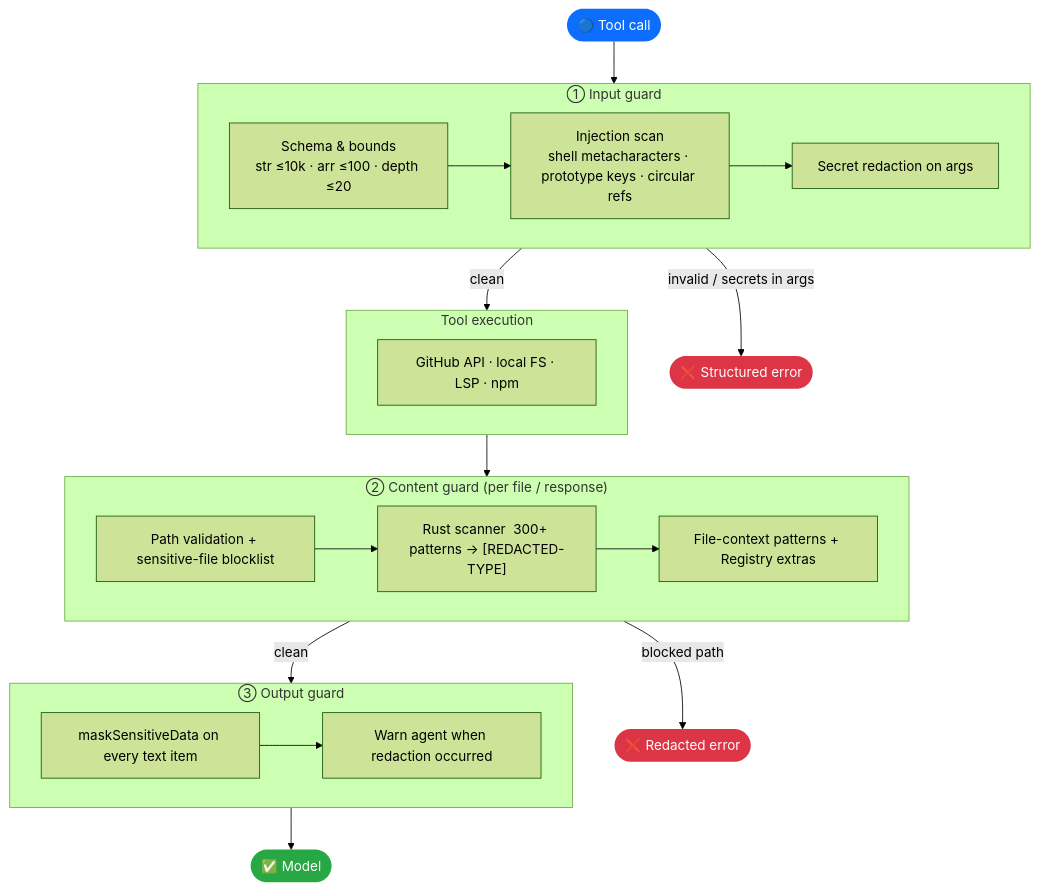
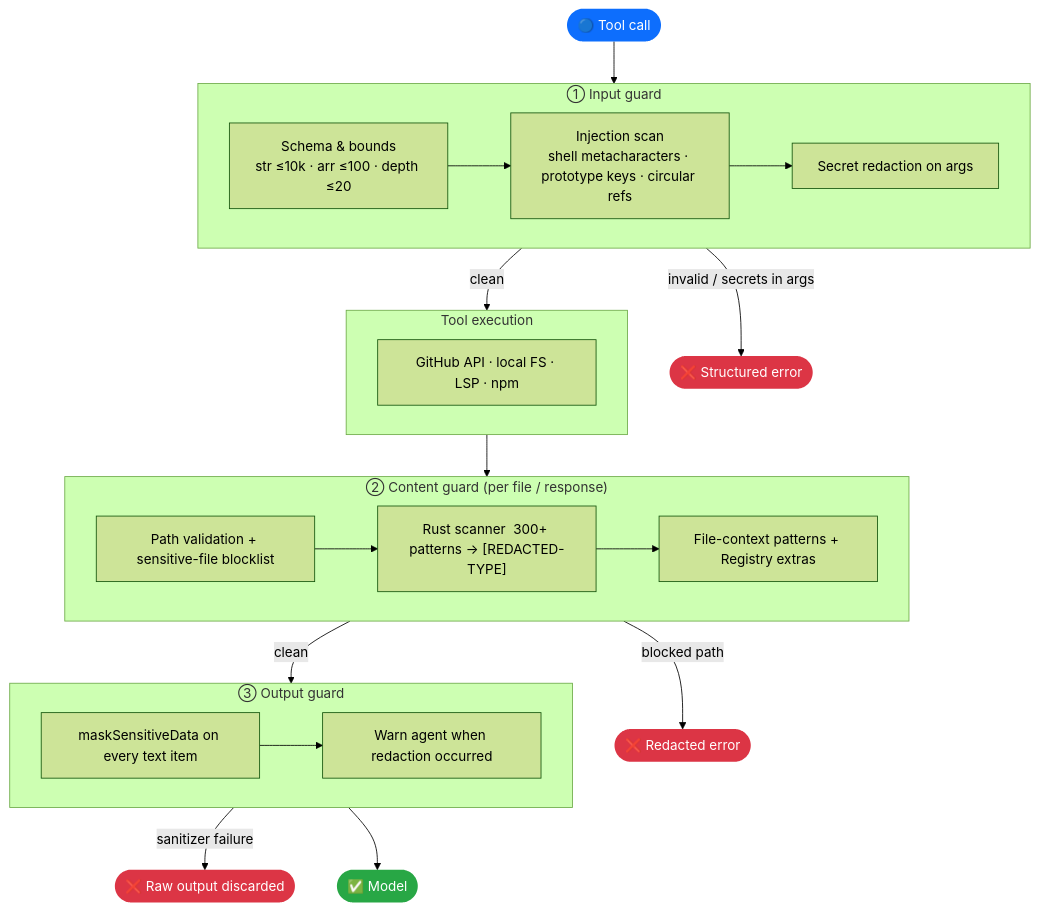
One commit to bgauryy/octocode changed the first of 4 diagrams in docs/SECURITY.md. Above: the diagram before and after it, drawn with Mermaid (forest theme). The commit also changed other lines of this file and 292 other files, not shown here.

````diff
--- a/docs/SECURITY.md
+++ b/docs/SECURITY.md
@@ -19,41 +19,43 @@
 ```mermaid
 flowchart TD
     REQ(["🔵 Tool call"])
 
     subgraph S1["① Input guard"]
         I1["Schema & bounds\nstr ≤10k · arr ≤100 · depth ≤20"]
         I2["Injection scan\nshell metacharacters · prototype keys · circular refs"]
         I3["Secret redaction on args"]
         I1 --> I2 --> I3
     end
 
     subgraph S2["Tool execution"]
         T1["GitHub API · local FS · LSP · npm"]
     end
 
     subgraph S3["② Content guard (per file / response)"]
         C1["Path validation + sensitive-file blocklist"]
         C2["Rust scanner  300+ patterns → [REDACTED-TYPE]"]
         C3["File-context patterns + Registry extras"]
         C1 --> C2 --> C3
     end
 
     subgraph S4["③ Output guard"]
         O1["maskSensitiveData on every text item"]
         O2["Warn agent when redaction occurred"]
         O1 --> O2
     end
 
     REQ --> S1
     S1 -->|"invalid / secrets in args"| E1(["❌ Structured error"])
     S1 -->|clean| S2
     S2 --> S3
     S3 -->|"blocked path"| E2(["❌ Redacted error"])
     S3 -->|clean| S4
+    S4 -->|"sanitizer failure"| E3(["❌ Raw output discarded"])
     S4 --> MODEL(["✅ Model"])
 
     style E1 fill:#dc3545,color:#fff,stroke:none
     style E2 fill:#dc3545,color:#fff,stroke:none
+    style E3 fill:#dc3545,color:#fff,stroke:none
     style MODEL fill:#28a745,color:#fff,stroke:none
     style REQ fill:#0d6efd,color:#fff,stroke:none
 ```
````
